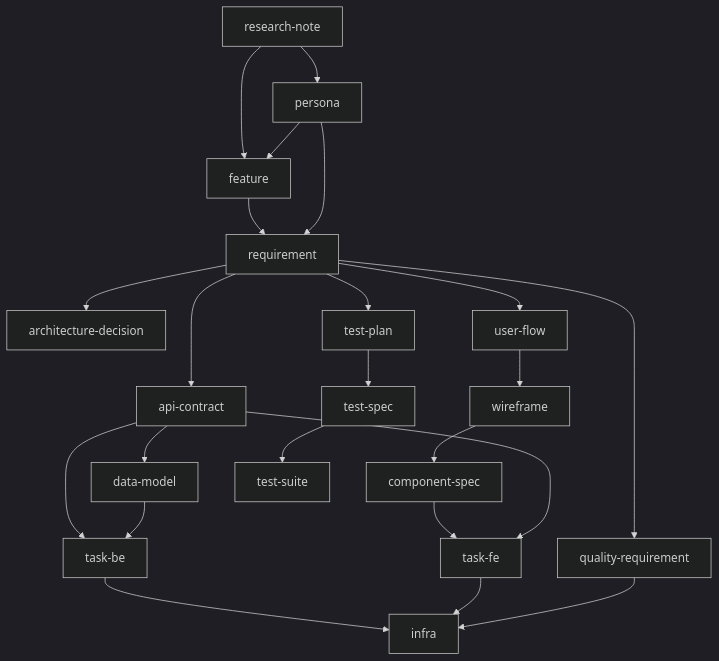
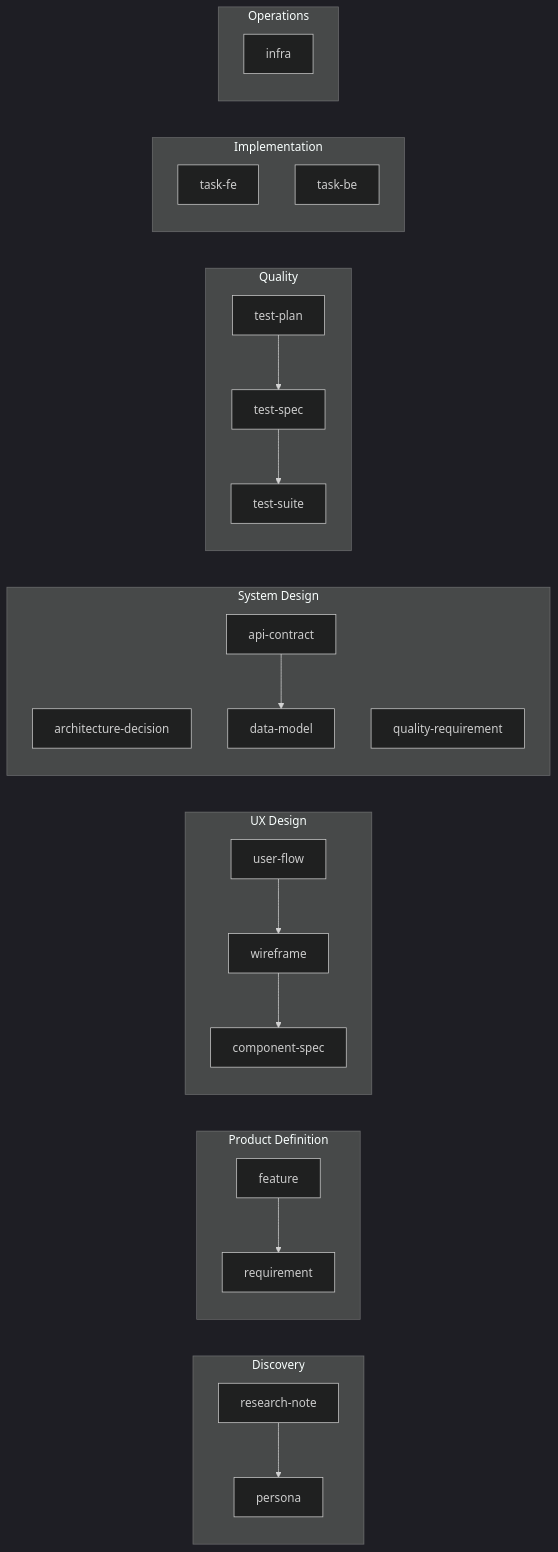
Before and after one commit to clitetailor/artifact-driven-development: the second of 2 diagrams in reference/artifact-dep-graph.md, drawn with Mermaid (dark theme). The commit also changed other lines of this file, not shown here.

First line of the commit message:
Rewrite reference dep-graph: flat DAG to grouped model

````diff
--- a/reference/artifact-dep-graph.md
+++ b/reference/artifact-dep-graph.md
@@ -6,30 +75,27 @@
 ```mermaid
-graph TD
-    RN[research-note] --> PERSONA[persona]
-    RN --> FEAT[feature]
-    PERSONA --> FEAT
-    FEAT --> REQ[requirement]
-    PERSONA --> REQ
-
-    REQ --> QR[quality-requirement]
-    REQ --> ADR[architecture-decision]
-    REQ --> UF[user-flow]
-    UF --> WF[wireframe]
-    WF --> CS[component-spec]
-
-    REQ --> API[api-contract]
-    API --> DM[data-model]
-
-    REQ --> TP[test-plan]
-    TP --> TS[test-spec]
-    TS --> SUITE[test-suite]
-
-    CS --> TASK_FE[task-fe]
-    API --> TASK_FE
-    API --> TASK_BE[task-be]
-    DM --> TASK_BE
-
-    TASK_BE --> INFRA[infra]
-    TASK_FE --> INFRA
-    QR --> INFRA
+graph LR
+    subgraph Discovery
+        RN[research-note] --> P[persona]
+    end
+    subgraph PD[Product Definition]
+        F[feature] --> R[requirement]
+    end
+    subgraph UX[UX Design]
+        UF[user-flow] --> WF[wireframe] --> CS[component-spec]
+    end
+    subgraph SD[System Design]
+        ADR[architecture-decision]
+        QR[quality-requirement]
+        API[api-contract] --> DM[data-model]
+    end
+    subgraph Quality
+        TP[test-plan] --> TS[test-spec] --> SU[test-suite]
+    end
+    subgraph Implementation
+        TFE[task-fe]
+        TBE[task-be]
+    end
+    subgraph Operations
+        INF[infra]
+    end
 ```
````
